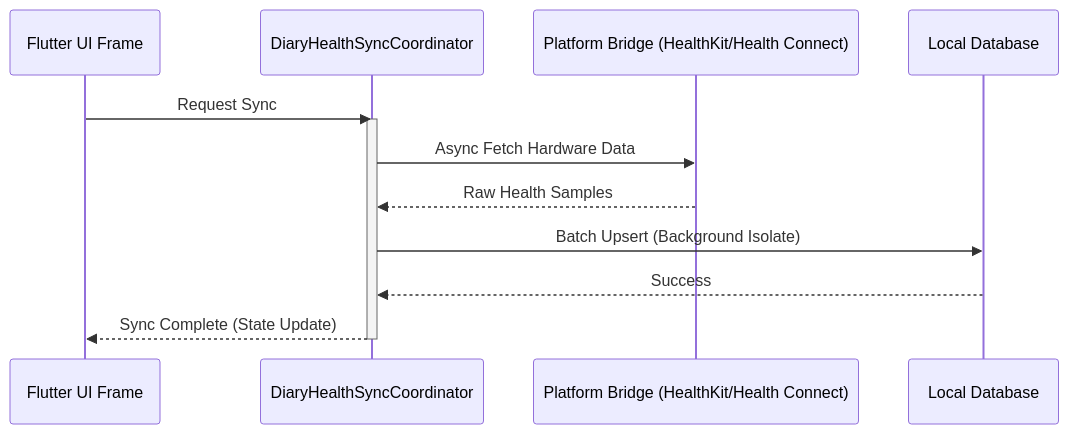
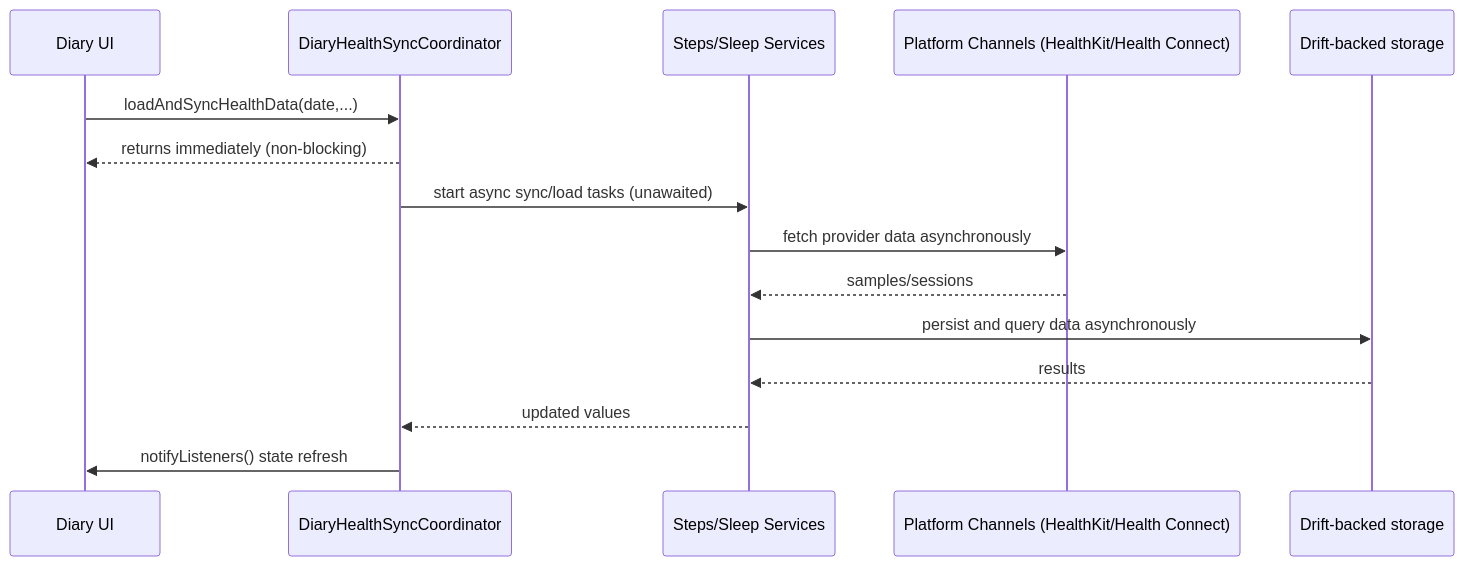
Before and after one commit to rfivesix/hypertrack: the third of 3 diagrams in documentation/architecture.md, drawn with Mermaid. The commit also changed other lines of this file and 8 other files, not shown here.

First line of the commit message:
docs: synchronize architecture and feature path references

````diff
--- a/documentation/architecture.md
+++ b/documentation/architecture.md
@@ -128,16 +95,18 @@
 ```mermaid
 sequenceDiagram
-    participant UI as Flutter UI Frame
-    participant Coordinator as DiaryHealthSyncCoordinator
-    participant Platform as Platform Bridge (HealthKit/Health Connect)
-    participant DB as Local Database
+    participant UI as Diary UI
+    participant C as DiaryHealthSyncCoordinator
+    participant S as Steps/Sleep Services
+    participant P as Platform Channels (HealthKit/Health Connect)
+    participant D as Drift-backed storage
 
-    UI->>Coordinator: Request Sync
-    activate Coordinator
-    Coordinator->>Platform: Async Fetch Hardware Data
-    Platform-->>Coordinator: Raw Health Samples
-    Coordinator->>DB: Batch Upsert (Background Isolate)
-    DB-->>Coordinator: Success
-    Coordinator-->>UI: Sync Complete (State Update)
-    deactivate Coordinator
+    UI->>C: loadAndSyncHealthData(date,...)
+    C-->>UI: returns immediately (non-blocking)
+    C->>S: start async sync/load tasks (unawaited)
+    S->>P: fetch provider data asynchronously
+    P-->>S: samples/sessions
+    S->>D: persist and query data asynchronously
+    D-->>S: results
+    S-->>C: updated values
+    C->>UI: notifyListeners() state refresh
 ```
````
